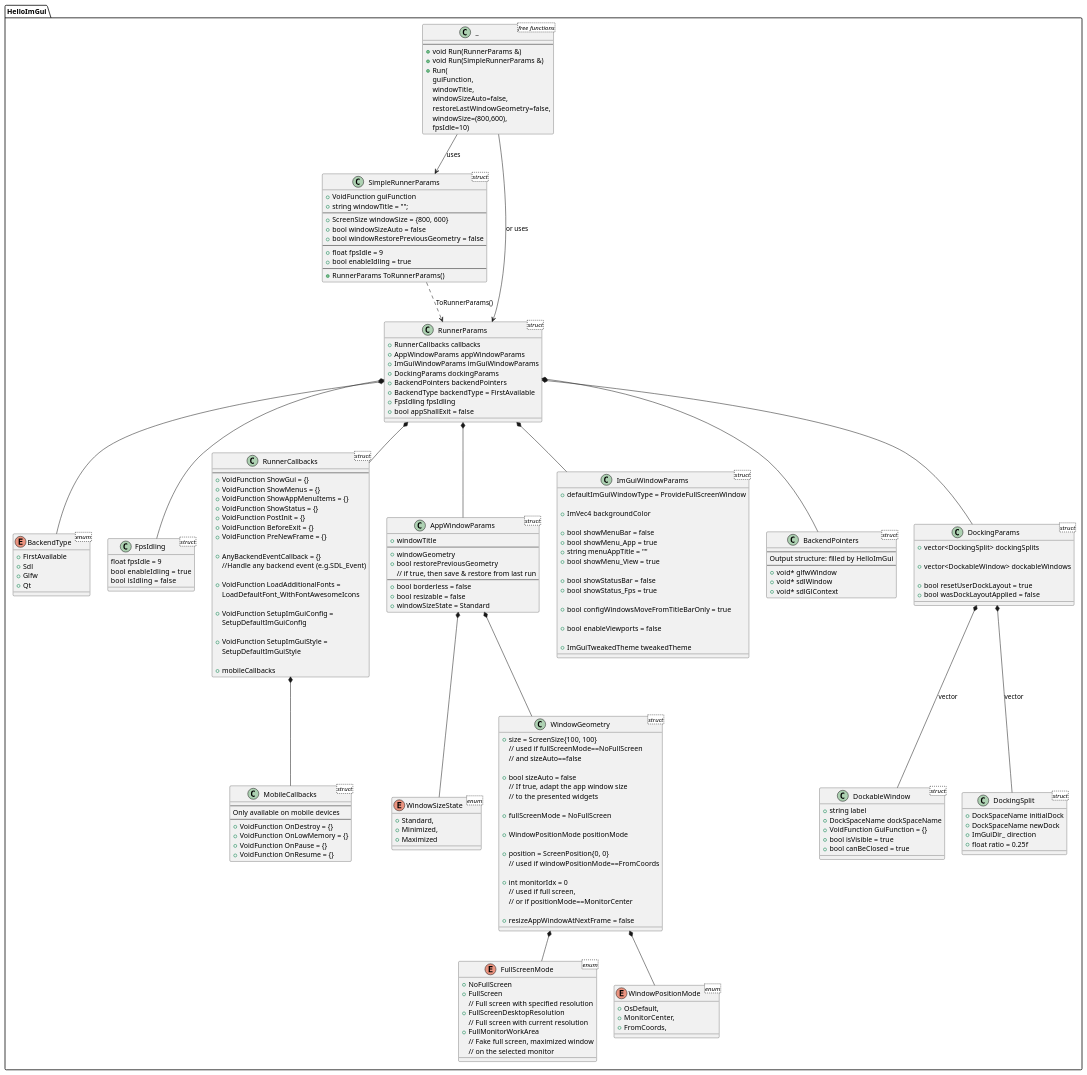
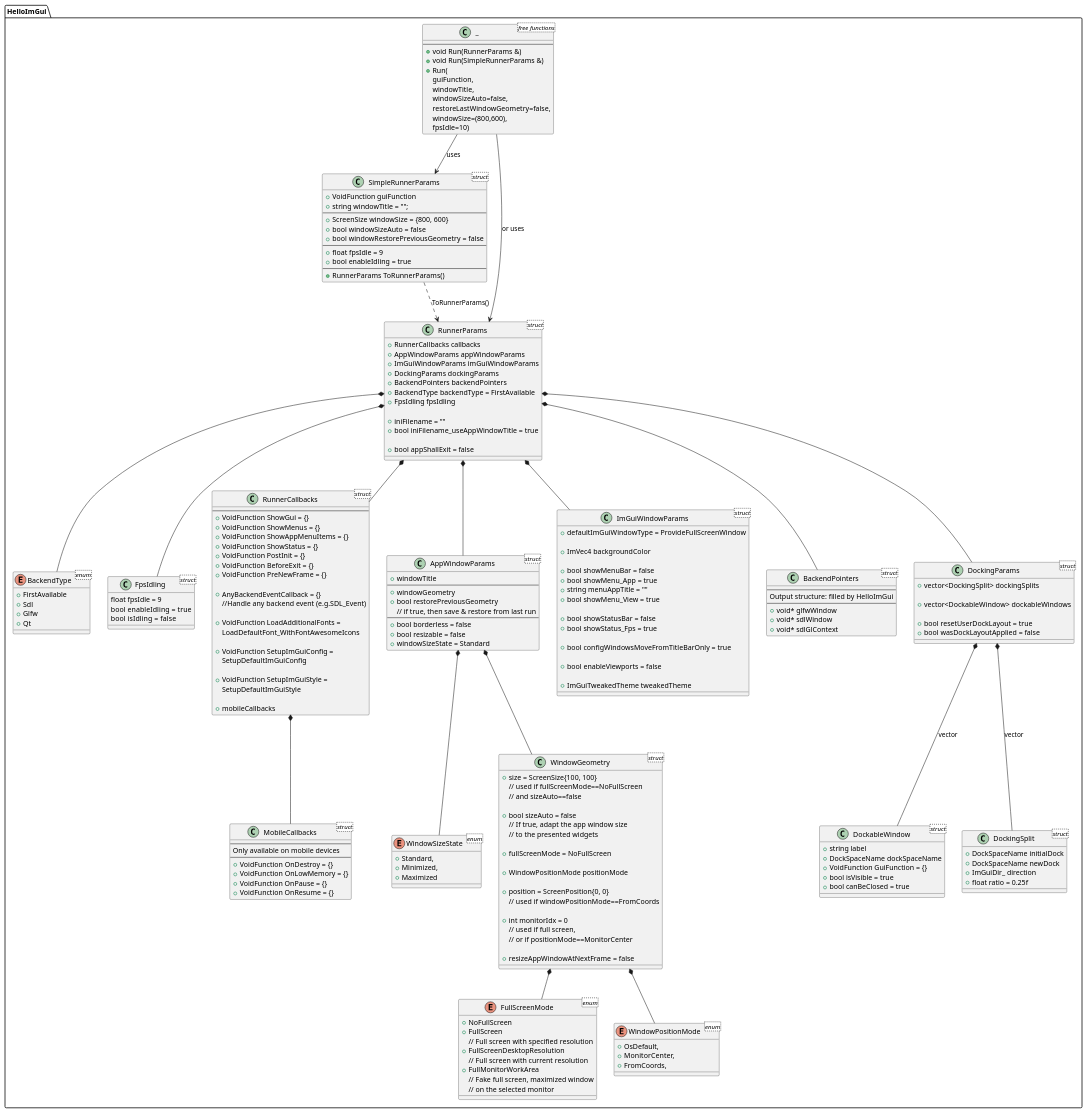
One commit to pthom/hello_imgui changed the diagram in src/hello_imgui/doc_src/hello_imgui_diagram.puml. Above: the diagram before and after it, drawn with PlantUML. The commit also changed 7 other files, not shown here.

Commit message:
runnerParams: can set iniFilename (+ use windowTitle if empty)

```diff
--- a/src/hello_imgui/doc_src/hello_imgui_diagram.puml
+++ b/src/hello_imgui/doc_src/hello_imgui_diagram.puml
@@ -39,6 +39,10 @@
     + BackendPointers backendPointers
     + BackendType backendType = FirstAvailable
     + FpsIdling fpsIdling
+
+    + iniFilename = ""
+    + bool iniFilename_useAppWindowTitle = true
+
     + bool appShallExit = false
 }
 
```
